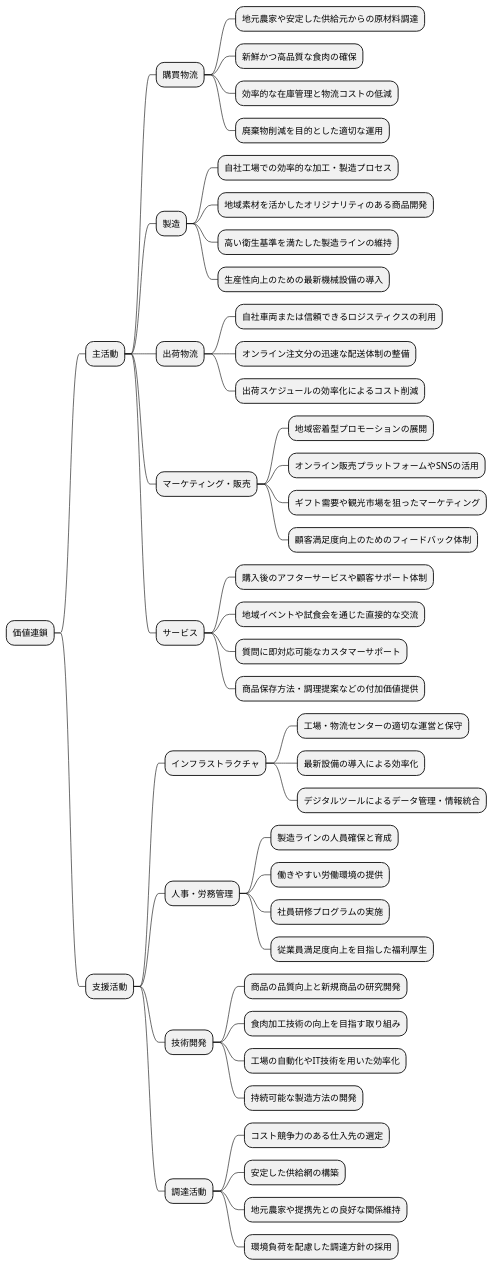
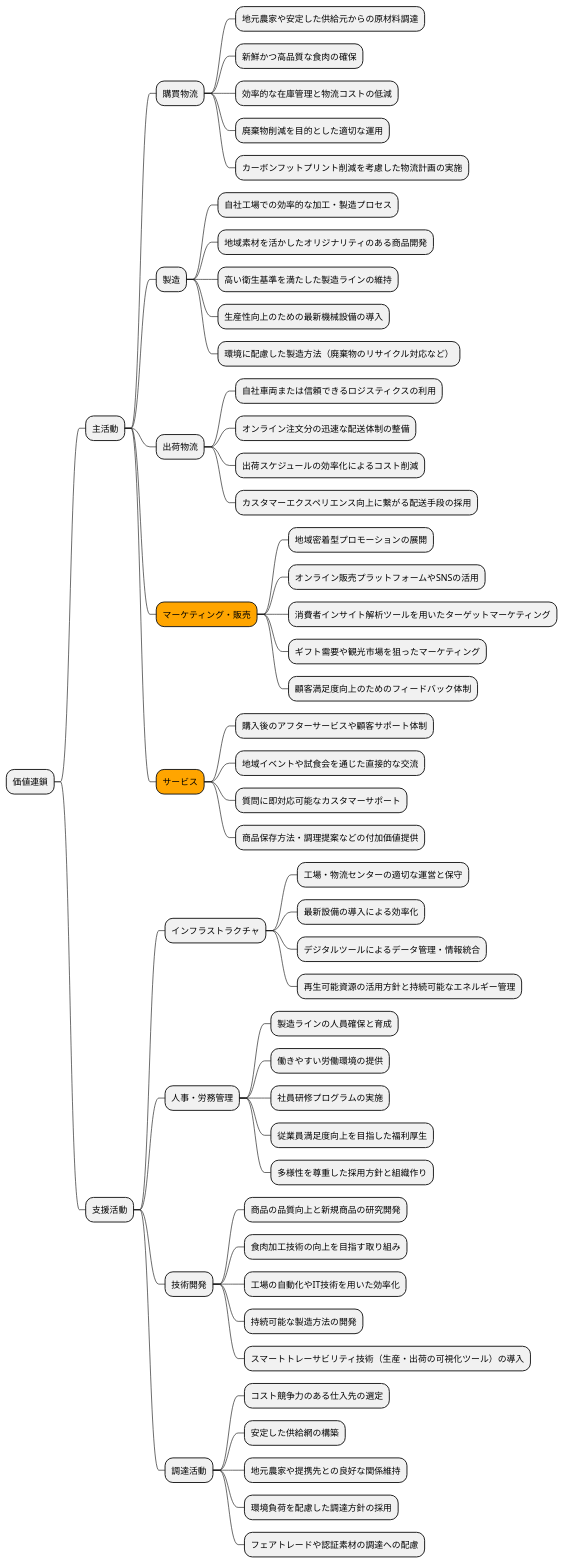
One commit to k2works/case-study-business-analysis changed the tenth of 19 diagrams in docs/case/r04_case_2.adoc. Above: the diagram before and after it, drawn with PlantUML. The commit also changed other lines of this file, not shown here.

```diff
--- a/docs/case/r04_case_2.adoc
+++ b/docs/case/r04_case_2.adoc
@@ -415,53 +455,61 @@
 [plantuml]
 ----
 @startmindmap
 
 * 価値連鎖
 ** 主活動
 *** 購買物流
 **** 地元農家や安定した供給元からの原材料調達
 **** 新鮮かつ高品質な食肉の確保
 **** 効率的な在庫管理と物流コストの低減
 **** 廃棄物削減を目的とした適切な運用
+**** カーボンフットプリント削減を考慮した物流計画の実施
 *** 製造
 **** 自社工場での効率的な加工・製造プロセス
 **** 地域素材を活かしたオリジナリティのある商品開発
 **** 高い衛生基準を満たした製造ラインの維持
 **** 生産性向上のための最新機械設備の導入
+**** 環境に配慮した製造方法（廃棄物のリサイクル対応など）
 *** 出荷物流
 **** 自社車両または信頼できるロジスティクスの利用
 **** オンライン注文分の迅速な配送体制の整備
 **** 出荷スケジュールの効率化によるコスト削減
-*** マーケティング・販売
+**** カスタマーエクスペリエンス向上に繋がる配送手段の採用
+***[#orange] マーケティング・販売
 **** 地域密着型プロモーションの展開
 **** オンライン販売プラットフォームやSNSの活用
+**** 消費者インサイト解析ツールを用いたターゲットマーケティング
 **** ギフト需要や観光市場を狙ったマーケティング
 **** 顧客満足度向上のためのフィードバック体制
-*** サービス
+***[#orange] サービス
 **** 購入後のアフターサービスや顧客サポート体制
 **** 地域イベントや試食会を通じた直接的な交流
 **** 質問に即対応可能なカスタマーサポート
 **** 商品保存方法・調理提案などの付加価値提供
 ** 支援活動
 *** インフラストラクチャ
 **** 工場・物流センターの適切な運営と保守
 **** 最新設備の導入による効率化
 **** デジタルツールによるデータ管理・情報統合
+**** 再生可能資源の活用方針と持続可能なエネルギー管理
 *** 人事・労務管理
 **** 製造ラインの人員確保と育成
 **** 働きやすい労働環境の提供
 **** 社員研修プログラムの実施
 **** 従業員満足度向上を目指した福利厚生
+**** 多様性を尊重した採用方針と組織作り
 *** 技術開発
 **** 商品の品質向上と新規商品の研究開発
 **** 食肉加工技術の向上を目指す取り組み
 **** 工場の自動化やIT技術を用いた効率化
 **** 持続可能な製造方法の開発
+**** スマートトレーサビリティ技術（生産・出荷の可視化ツール）の導入
 *** 調達活動
 **** コスト競争力のある仕入先の選定
 **** 安定した供給網の構築
 **** 地元農家や提携先との良好な関係維持
 **** 環境負荷を配慮した調達方針の採用
+**** フェアトレードや認証素材の調達への配慮
 
 @endmindmap
 ----
```
